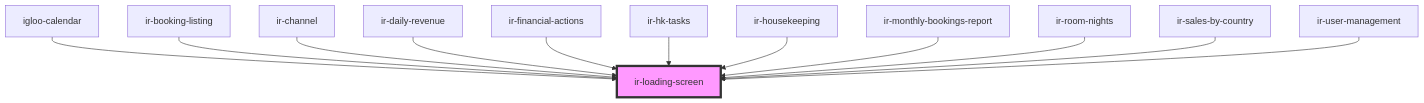
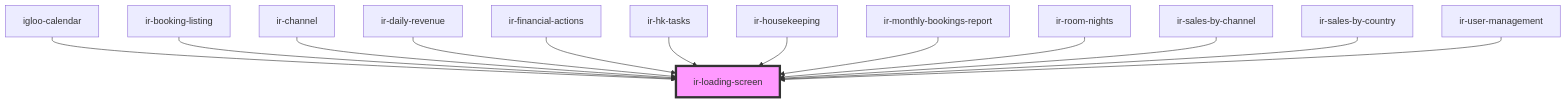
The diagram in src/components/ir-loading-screen/readme.md (RonyRizk/ir-webcmp), drawn with Mermaid before and after one commit. The commit also changed other lines of this file and 48 other files, not shown here.

````diff
--- a/src/components/ir-loading-screen/readme.md
+++ b/src/components/ir-loading-screen/readme.md
@@ -32,15 +33,16 @@
 ```mermaid
 graph TD;
   igloo-calendar --> ir-loading-screen
   ir-booking-listing --> ir-loading-screen
   ir-channel --> ir-loading-screen
   ir-daily-revenue --> ir-loading-screen
   ir-financial-actions --> ir-loading-screen
   ir-hk-tasks --> ir-loading-screen
   ir-housekeeping --> ir-loading-screen
   ir-monthly-bookings-report --> ir-loading-screen
   ir-room-nights --> ir-loading-screen
+  ir-sales-by-channel --> ir-loading-screen
   ir-sales-by-country --> ir-loading-screen
   ir-user-management --> ir-loading-screen
   style ir-loading-screen fill:#f9f,stroke:#333,stroke-width:4px
 ```
````
